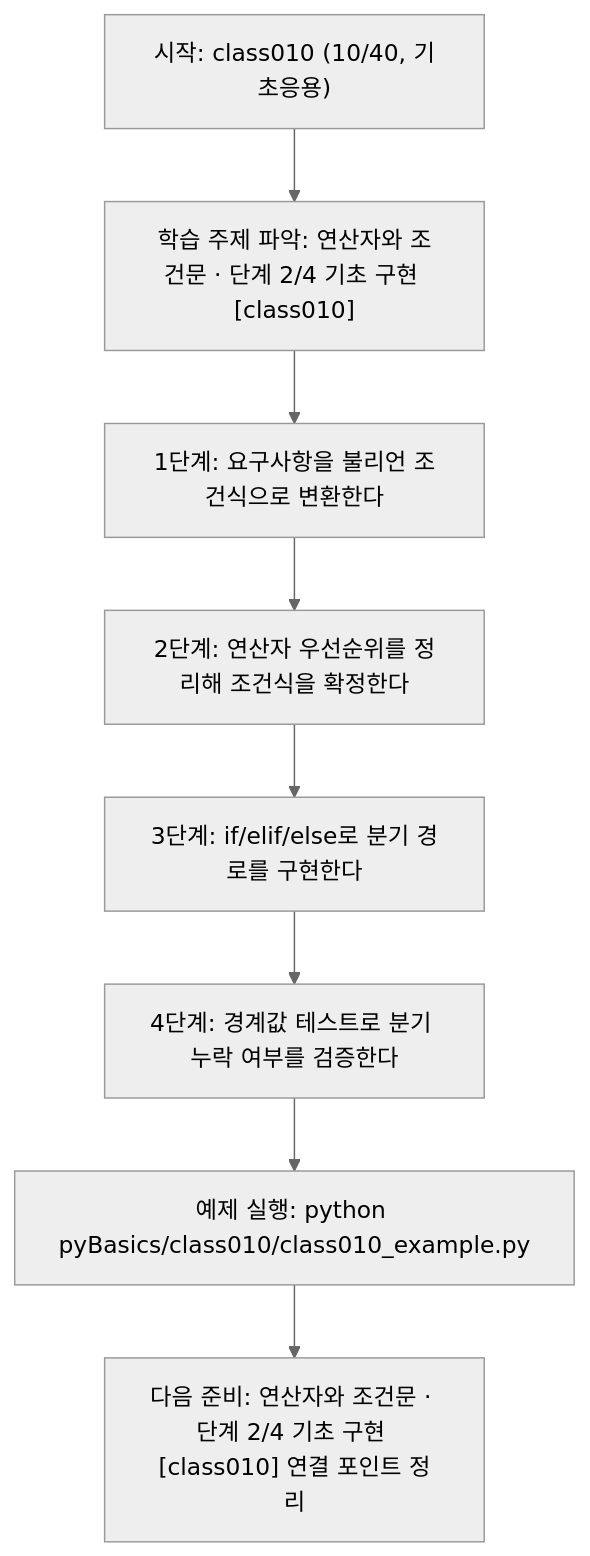
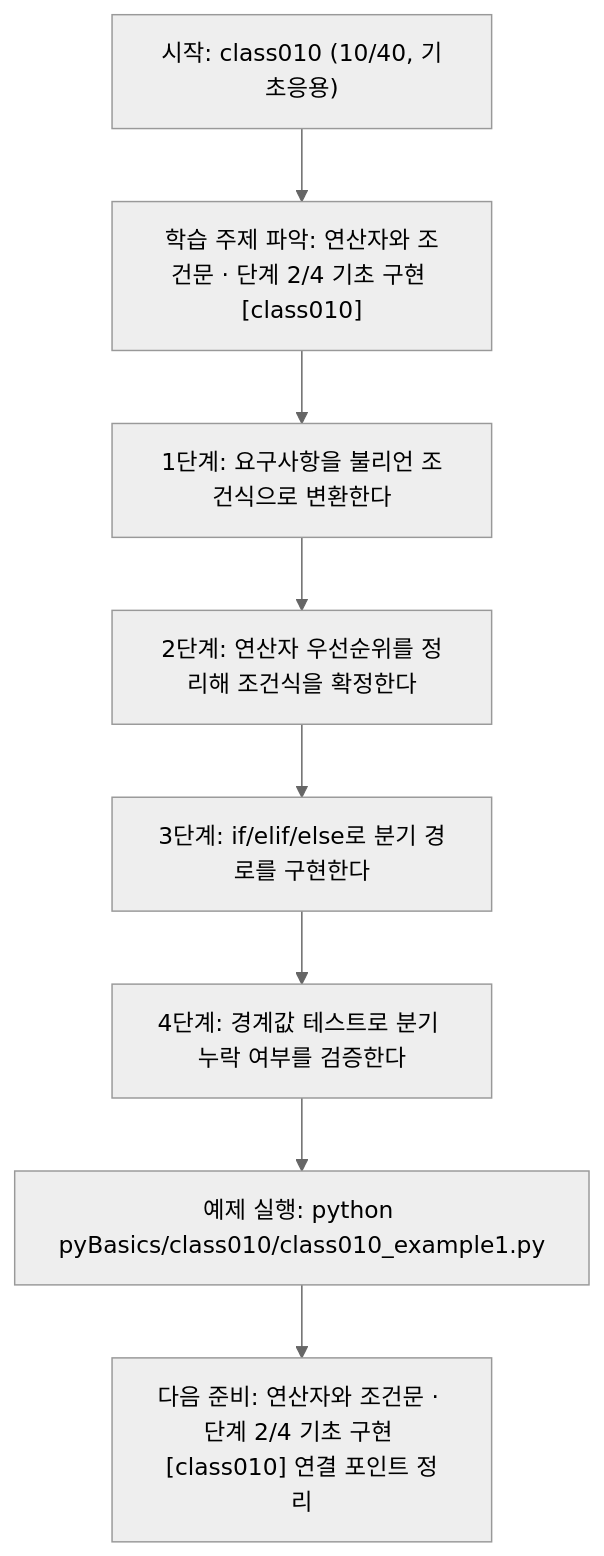
One commit to edumgt/Python-AI_Agent-Class changed the diagram in pyBasics/class010/class010.md. Above: the diagram before and after it, drawn with Mermaid (neutral theme). The commit also changed other lines of this file and 2959 other files, not shown here.

````diff
--- a/pyBasics/class010/class010.md
+++ b/pyBasics/class010/class010.md
@@ -109,18 +109,18 @@
 ```mermaid
 flowchart TD
 N1["시작: class010 (10/40, 기초응용)"]
 N2["학습 주제 파악: 연산자와 조건문 · 단계 2/4 기초 구현 [class010]"]
 N3["1단계: 요구사항을 불리언 조건식으로 변환한다"]
 N4["2단계: 연산자 우선순위를 정리해 조건식을 확정한다"]
 N5["3단계: if/elif/else로 분기 경로를 구현한다"]
 N6["4단계: 경계값 테스트로 분기 누락 여부를 검증한다"]
-N7["예제 실행: python pyBasics/class010/class010_example.py"]
+N7["예제 실행: python pyBasics/class010/class010_example1.py"]
 N8["다음 준비: 연산자와 조건문 · 단계 2/4 기초 구현 [class010] 연결 포인트 정리"]
 N1 --> N2
 N2 --> N3
 N3 --> N4
 N4 --> N5
 N5 --> N6
 N6 --> N7
 N7 --> N8
 ```
````
